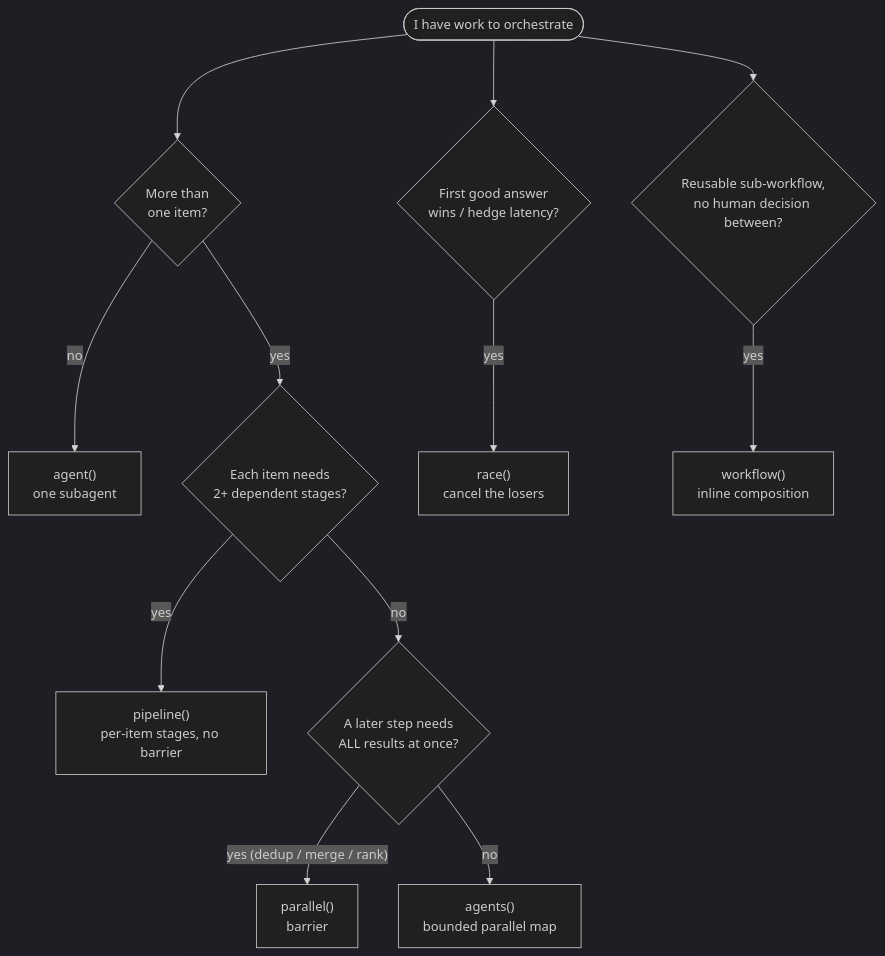
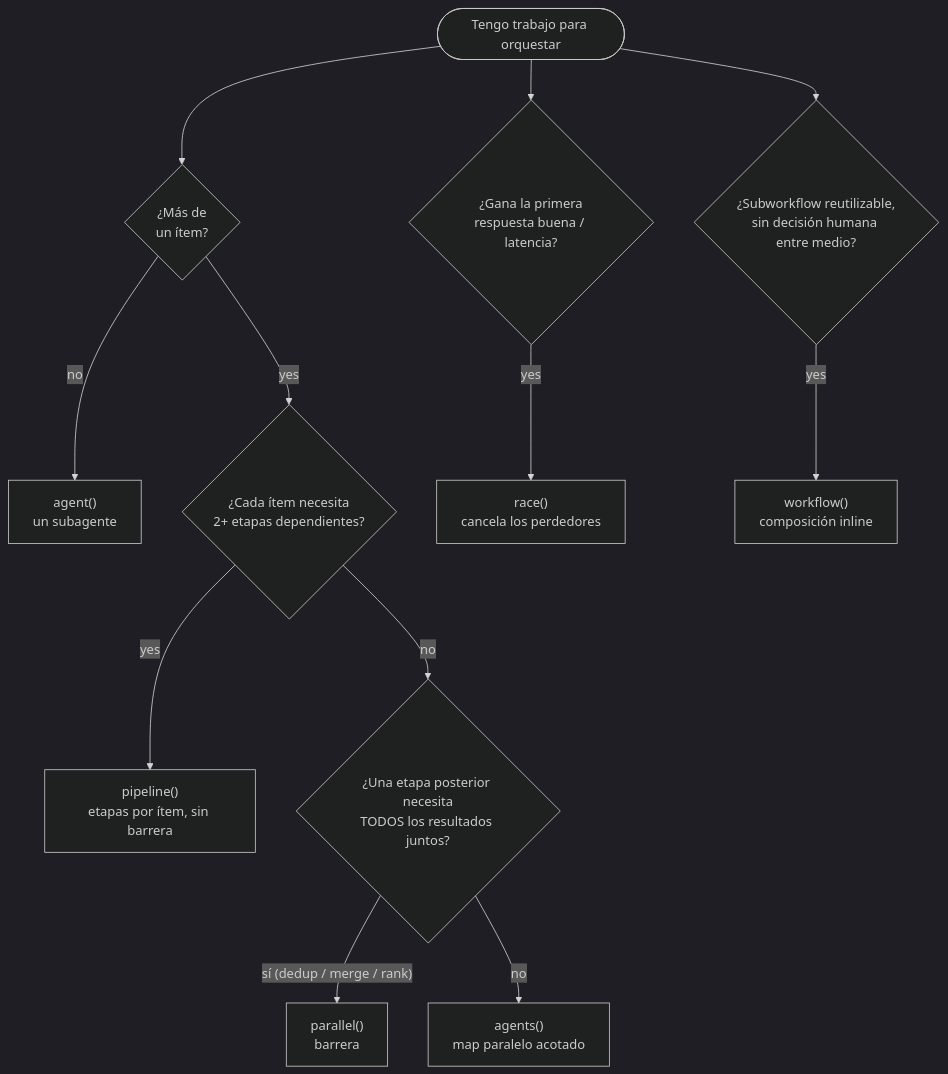
The first of 2 diagrams in docs/dynamic-workflows.md (andrestobelem/pandi-extensions), drawn with Mermaid (dark theme) before and after one commit. The commit also changed other lines of this file and 200 other files, not shown here.

````diff
--- a/docs/dynamic-workflows.md
+++ b/docs/dynamic-workflows.md
@@ -64,14 +64,14 @@
 ```mermaid
 flowchart TD
-  start([I have work to orchestrate]) --> many{More than<br/>one item?}
-  many -- no --> agent["agent()<br/>one subagent"]
-  many -- yes --> stages{Each item needs<br/>2+ dependent stages?}
-  stages -- yes --> pipeline["pipeline()<br/>per-item stages, no barrier"]
-  stages -- no --> barrier{A later step needs<br/>ALL results at once?}
-  barrier -- "yes (dedup / merge / rank)" --> parallel["parallel()<br/>barrier"]
-  barrier -- no --> agents["agents()<br/>bounded parallel map"]
-  start --> hedge{First good answer<br/>wins / hedge latency?}
-  hedge -- yes --> race["race()<br/>cancel the losers"]
-  start --> compose{Reusable sub-workflow,<br/>no human decision between?}
-  compose -- yes --> workflow["workflow()<br/>inline composition"]
+  start([Tengo trabajo para orquestar]) --> many{¿Más de<br/>un ítem?}
+  many -- no --> agent["agent()<br/>un subagente"]
+  many -- yes --> stages{¿Cada ítem necesita<br/>2+ etapas dependientes?}
+  stages -- yes --> pipeline["pipeline()<br/>etapas por ítem, sin barrera"]
+  stages -- no --> barrier{¿Una etapa posterior necesita<br/>TODOS los resultados juntos?}
+  barrier -- "sí (dedup / merge / rank)" --> parallel["parallel()<br/>barrera"]
+  barrier -- no --> agents["agents()<br/>map paralelo acotado"]
+  start --> hedge{¿Gana la primera<br/>respuesta buena / latencia?}
+  hedge -- yes --> race["race()<br/>cancela los perdedores"]
+  start --> compose{¿Subworkflow reutilizable,<br/>sin decisión humana entre medio?}
+  compose -- yes --> workflow["workflow()<br/>composición inline"]
 ```
````
